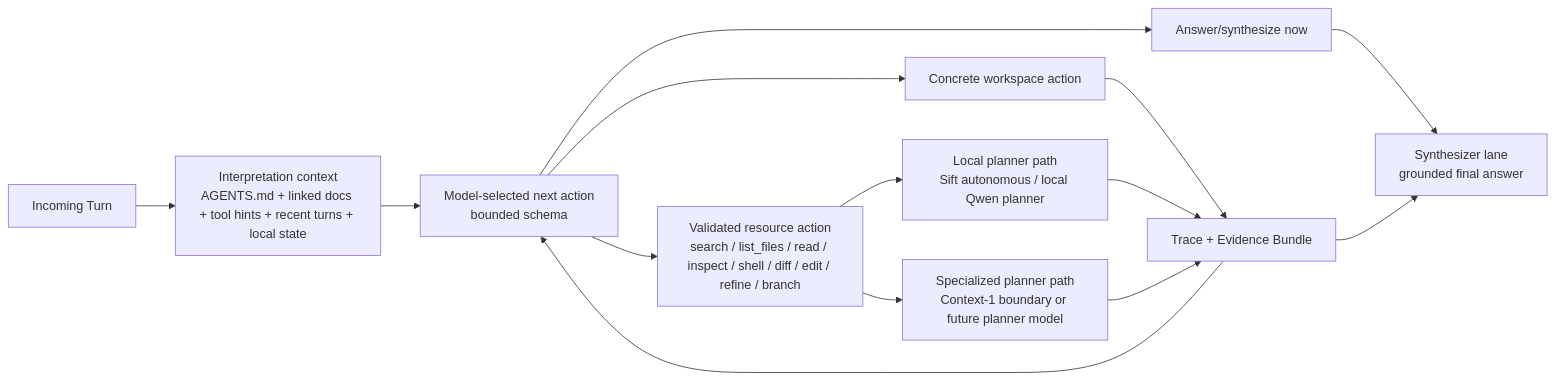
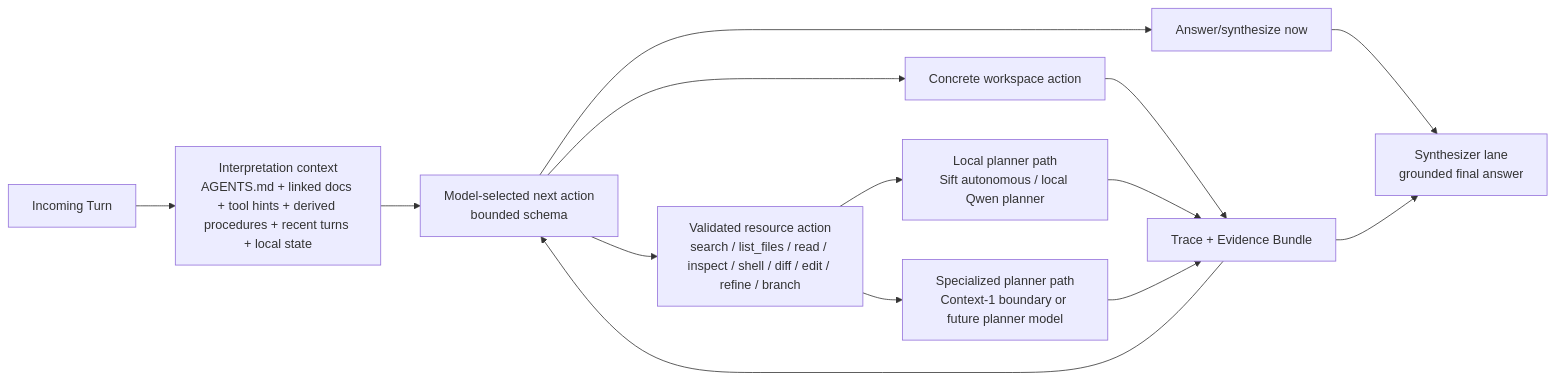
The second of 5 diagrams in README.md (spoke-sh/paddles), drawn with Mermaid before and after one commit. The commit also changed other lines of this file and 7 other files, not shown here.

````diff
--- a/README.md
+++ b/README.md
@@ -51,22 +51,22 @@
 ```mermaid
 flowchart LR
     Turn["Incoming Turn"]
-    Interpret["Interpretation context<br/>AGENTS.md + linked docs + tool hints + recent turns + local state"]
+    Interpret["Interpretation context<br/>AGENTS.md + linked docs + tool hints + derived procedures + recent turns + local state"]
     Decide["Model-selected next action<br/>bounded schema"]
     Direct["Answer/synthesize now"]
     Tool["Concrete workspace action"]
     Resource["Validated resource action<br/>search / list_files / read / inspect / shell / diff / edit / refine / branch"]
     LocalPlanner["Local planner path<br/>Sift autonomous / local Qwen planner"]
     HeavyPlanner["Specialized planner path<br/>Context-1 boundary or future planner model"]
     Evidence["Trace + Evidence Bundle"]
     Synth["Synthesizer lane<br/>grounded final answer"]
 
     Turn --> Interpret --> Decide
     Decide --> Direct --> Synth
     Decide --> Tool --> Evidence
     Decide --> Resource
     Resource --> LocalPlanner --> Evidence
     Resource --> HeavyPlanner --> Evidence
     Evidence --> Decide
     Evidence --> Synth
 ```
````
